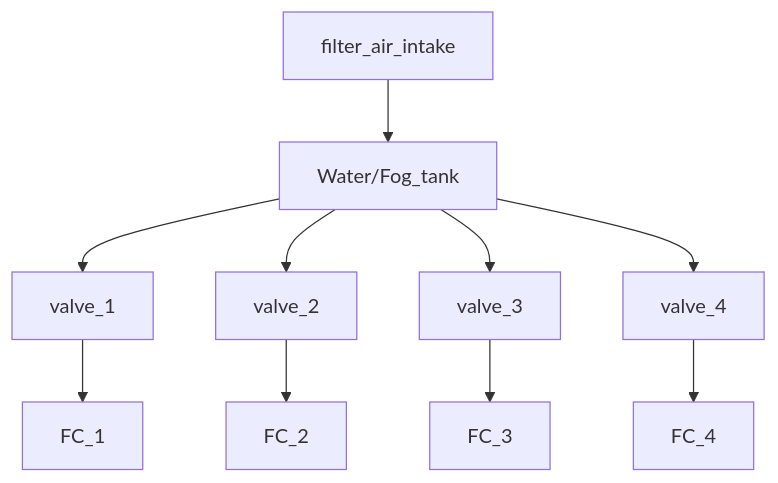
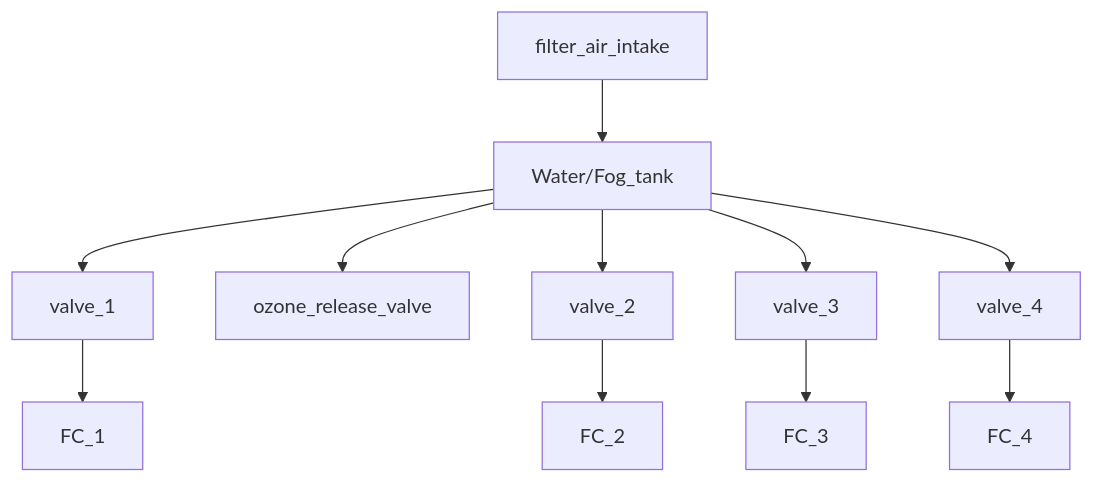
Before and after one commit to StevenAndrewsII/Fung_OS: the third of 3 diagrams in README.md, drawn with Mermaid.

````diff
--- a/README.md
+++ b/README.md
@@ -135,9 +135,10 @@
 ```mermaid
 graph TD;
    filter_air_intake-->Water/Fog_tank-->valve_1 -->FC_1;
+   Water/Fog_tank-->ozone_release_valve;
    Water/Fog_tank-->valve_2-->FC_2;
    Water/Fog_tank-->valve_3-->FC_3;
    Water/Fog_tank-->valve_4-->FC_4;
 
   
 ```
````
